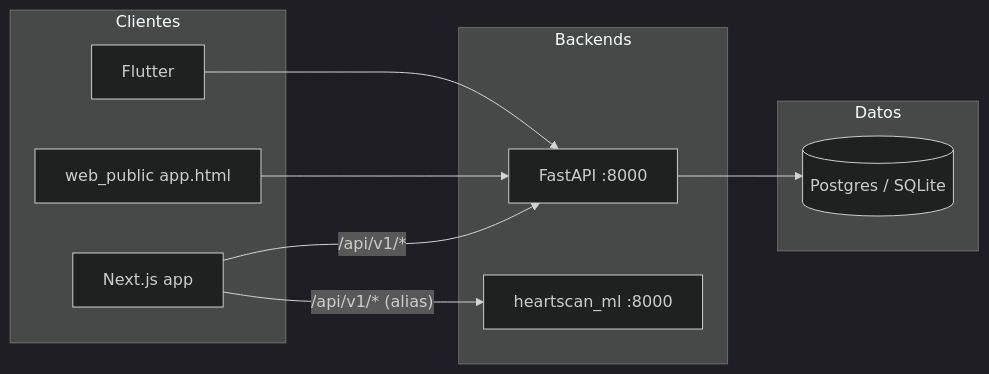
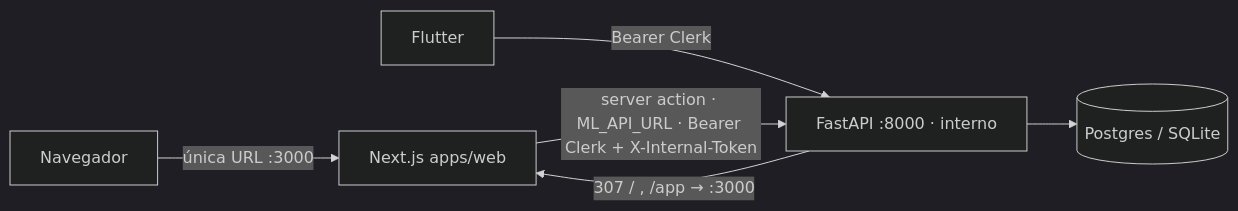
Before and after one commit to Davmunrey/Heartcheck: the diagram in docs/ARCHITECTURE.md, drawn with Mermaid (dark theme). The commit also changed other lines of this file and 9 other files, not shown here.

````diff
--- a/docs/ARCHITECTURE.md
+++ b/docs/ARCHITECTURE.md
@@ -12,20 +16,8 @@
 ```mermaid
 flowchart LR
-  subgraph clients [Clientes]
-    SPA[Next.js app]
-    static[web_public app.html]
-    mobile[Flutter]
-  end
-  subgraph api [Backends]
-    fastapi[FastAPI :8000]
-    ml[heartscan_ml :8000]
-  end
-  subgraph data [Datos]
-    pg[(Postgres / SQLite)]
-  end
-  SPA -->|"/api/v1/*"| fastapi
-  SPA -->|"/api/v1/* (alias)"| ml
-  static --> fastapi
-  mobile --> fastapi
-  fastapi --> pg
+  browser[Navegador] -->|única URL :3000| web[Next.js apps/web]
+  mobile[Flutter] -->|Bearer Clerk| fastapi
+  web -->|"server action · ML_API_URL · Bearer Clerk + X-Internal-Token"| fastapi[FastAPI :8000 · interno]
+  fastapi -->|"307 / , /app → :3000"| web
+  fastapi --> pg[(Postgres / SQLite)]
 ```
````
